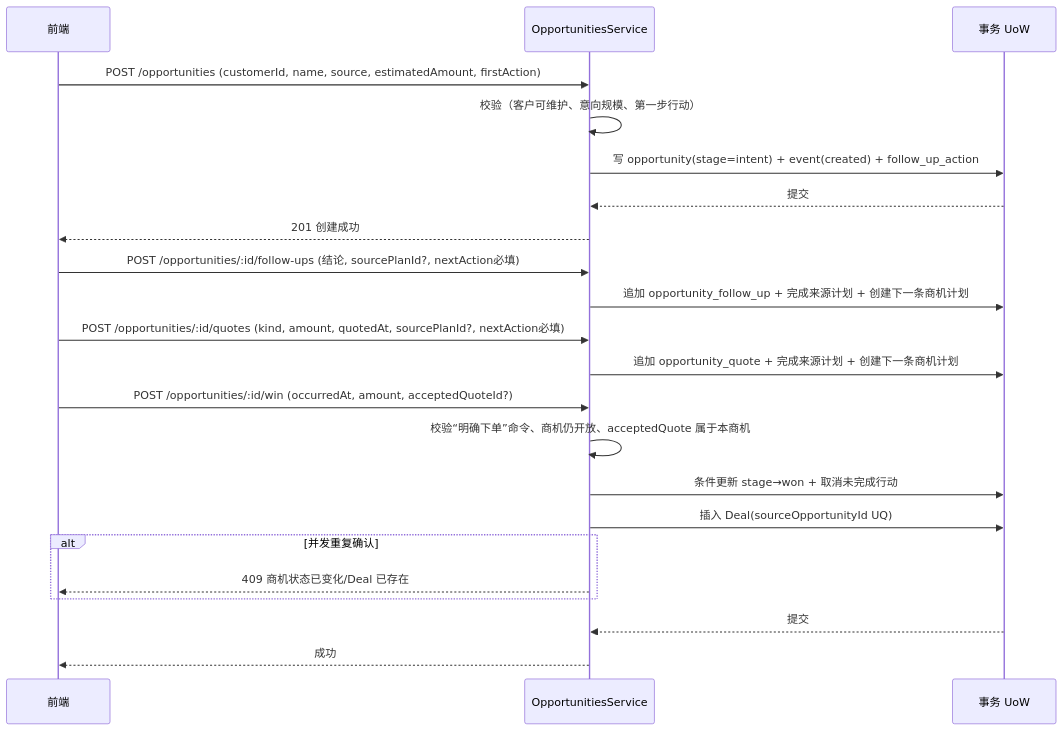
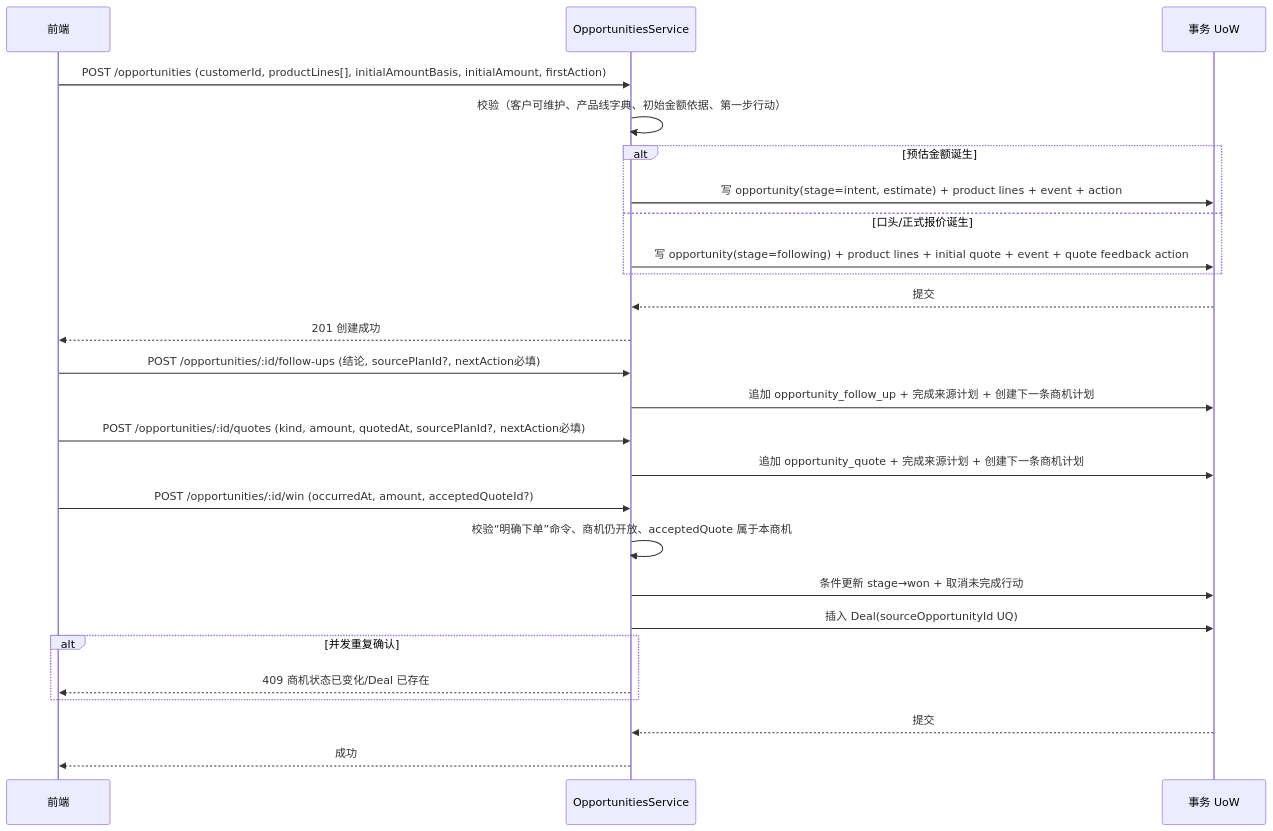
One commit to lixiname/LITECRM changed diagram 17 of 26 in docs/重构架构决策与实施蓝图.md. Above: the diagram before and after it, drawn with Mermaid. The commit also changed other lines of this file and 69 other files, not shown here.

Commit message:
feat: complete industry-city-opportunity complaint refinements and mobile record-first flow

````diff
--- a/docs/重构架构决策与实施蓝图.md
+++ b/docs/重构架构决策与实施蓝图.md
@@ -1068,24 +1106,28 @@
 ```mermaid
 sequenceDiagram
     participant C as 前端
     participant S as OpportunitiesService
     participant D as 事务 UoW
-    C->>S: POST /opportunities (customerId, name, source, estimatedAmount, firstAction)
-    S->>S: 校验（客户可维护、意向规模、第一步行动）
-    S->>D: 写 opportunity(stage=intent) + event(created) + follow_up_action
+    C->>S: POST /opportunities (customerId, productLines[], initialAmountBasis, initialAmount, firstAction)
+    S->>S: 校验（客户可维护、产品线字典、初始金额依据、第一步行动）
+    alt 预估金额诞生
+        S->>D: 写 opportunity(stage=intent, estimate) + product lines + event + action
+    else 口头/正式报价诞生
+        S->>D: 写 opportunity(stage=following) + product lines + initial quote + event + quote feedback action
+    end
     D-->>S: 提交
     S-->>C: 201 创建成功
     C->>S: POST /opportunities/:id/follow-ups (结论, sourcePlanId?, nextAction必填)
     S->>D: 追加 opportunity_follow_up + 完成来源计划 + 创建下一条商机计划
     C->>S: POST /opportunities/:id/quotes (kind, amount, quotedAt, sourcePlanId?, nextAction必填)
     S->>D: 追加 opportunity_quote + 完成来源计划 + 创建下一条商机计划
     C->>S: POST /opportunities/:id/win (occurredAt, amount, acceptedQuoteId?)
     S->>S: 校验“明确下单”命令、商机仍开放、acceptedQuote 属于本商机
     S->>D: 条件更新 stage→won + 取消未完成行动
     S->>D: 插入 Deal(sourceOpportunityId UQ)
     alt 并发重复确认
         S-->>C: 409 商机状态已变化/Deal 已存在
     end
     D-->>S: 提交
     S-->>C: 成功
 ```
````
